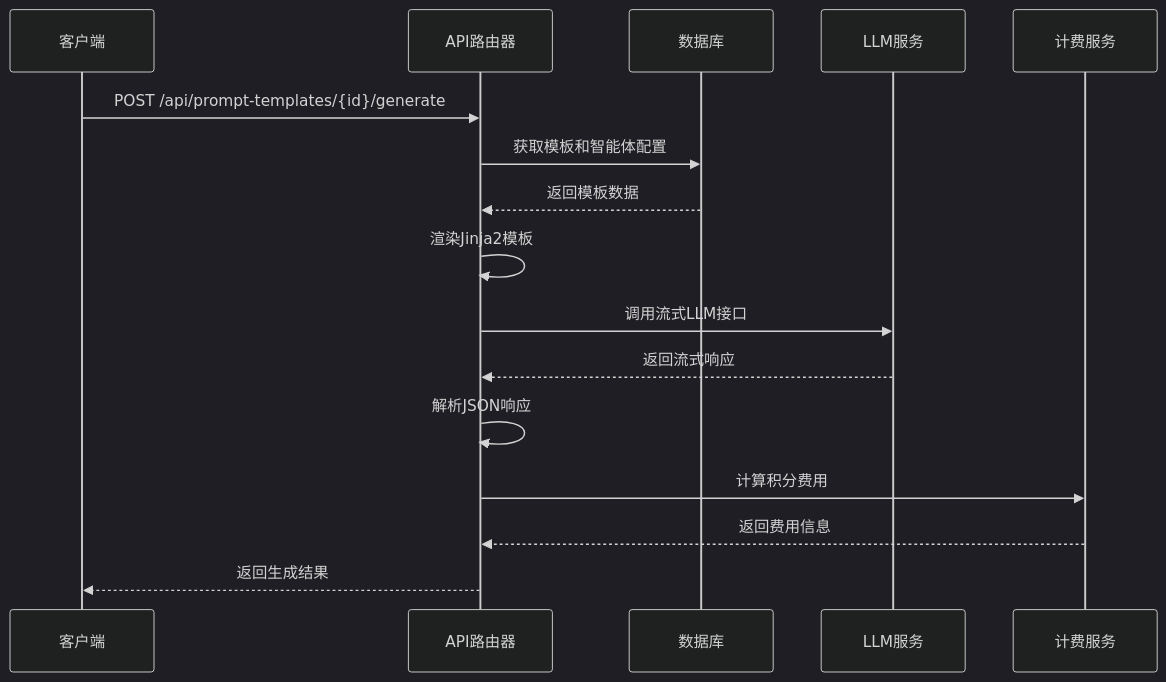
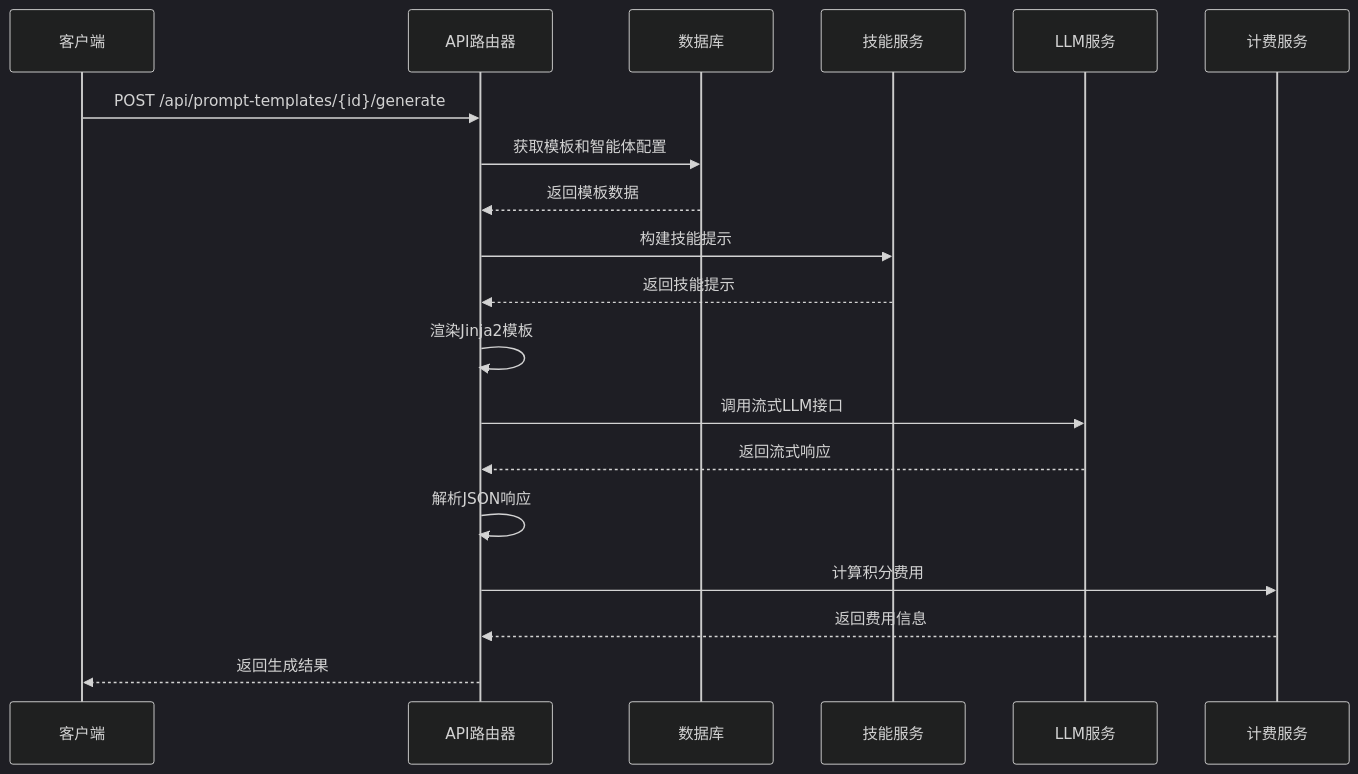
The fifth of 11 diagrams in .qoder/repowiki/zh/content/后台管理系统/提示词模板管理系统.md (KunLabAI/KunFlix), drawn with Mermaid (dark theme) before and after one commit. The commit also changed other lines of this file and 18 other files, not shown here.

````diff
--- a/.qoder/repowiki/zh/content/后台管理系统/提示词模板管理系统.md
+++ b/.qoder/repowiki/zh/content/后台管理系统/提示词模板管理系统.md
@@ -272,18 +305,21 @@
 ```mermaid
 sequenceDiagram
 participant Client as 客户端
 participant API as API路由器
 participant DB as 数据库
+participant SKILL as 技能服务
 participant LLM as LLM服务
 participant Billing as 计费服务
 Client->>API : POST /api/prompt-templates/{id}/generate
 API->>DB : 获取模板和智能体配置
 DB-->>API : 返回模板数据
+API->>SKILL : 构建技能提示
+SKILL-->>API : 返回技能提示
 API->>API : 渲染Jinja2模板
 API->>LLM : 调用流式LLM接口
 LLM-->>API : 返回流式响应
 API->>API : 解析JSON响应
 API->>Billing : 计算积分费用
 Billing-->>API : 返回费用信息
 API-->>Client : 返回生成结果
 ```
````
